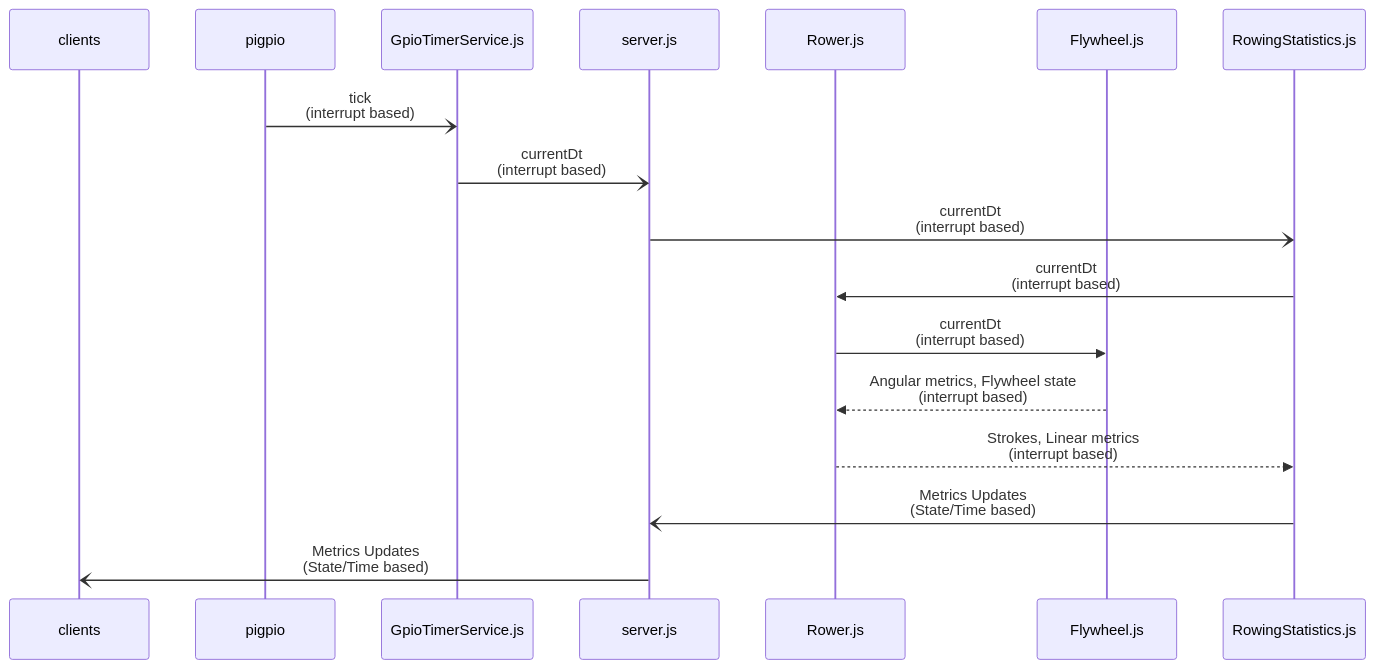
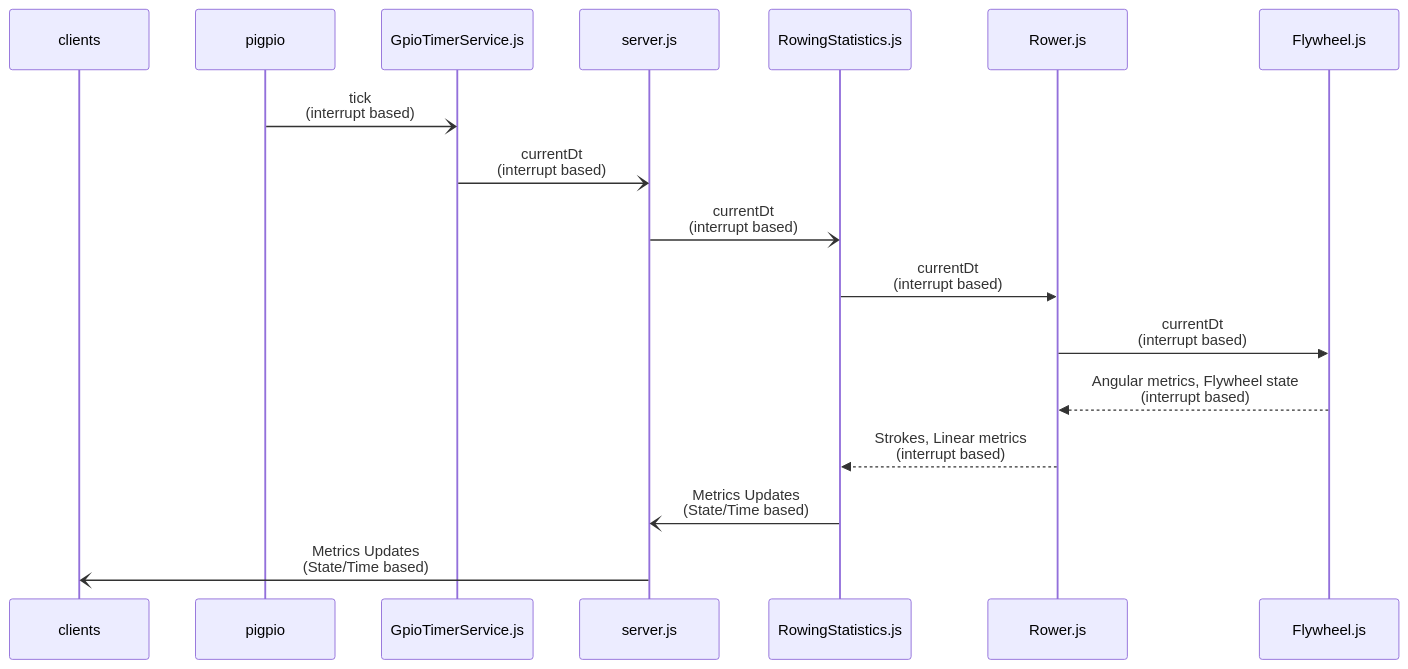
One commit to JaapvanEkris/openrowingmonitor changed the second of 5 diagrams in docs/Architecture.md. Above: the diagram before and after it, drawn with Mermaid.

````diff
--- a/docs/Architecture.md
+++ b/docs/Architecture.md
@@ -42,18 +42,19 @@
 ```mermaid
 sequenceDiagram
   participant clients
   participant pigpio
   participant GpioTimerService.js
   participant server.js
+  participant RowingStatistics.js
   participant Rower.js
   participant Flywheel.js
   pigpio -)GpioTimerService.js: tick<br>(interrupt based)
   GpioTimerService.js-)server.js: currentDt<br>(interrupt based)
   server.js-)RowingStatistics.js: currentDt<br>(interrupt based)
   RowingStatistics.js->>Rower.js: currentDt<br>(interrupt based)
   Rower.js->>Flywheel.js: currentDt<br>(interrupt based)
   Flywheel.js-->>Rower.js: Angular metrics, Flywheel state<br>(interrupt based)
   Rower.js-->>RowingStatistics.js: Strokes, Linear metrics<br>(interrupt based)
   RowingStatistics.js-)server.js: Metrics Updates<br>(State/Time based)
   server.js-)clients: Metrics Updates<br>(State/Time based)
 ```
````
